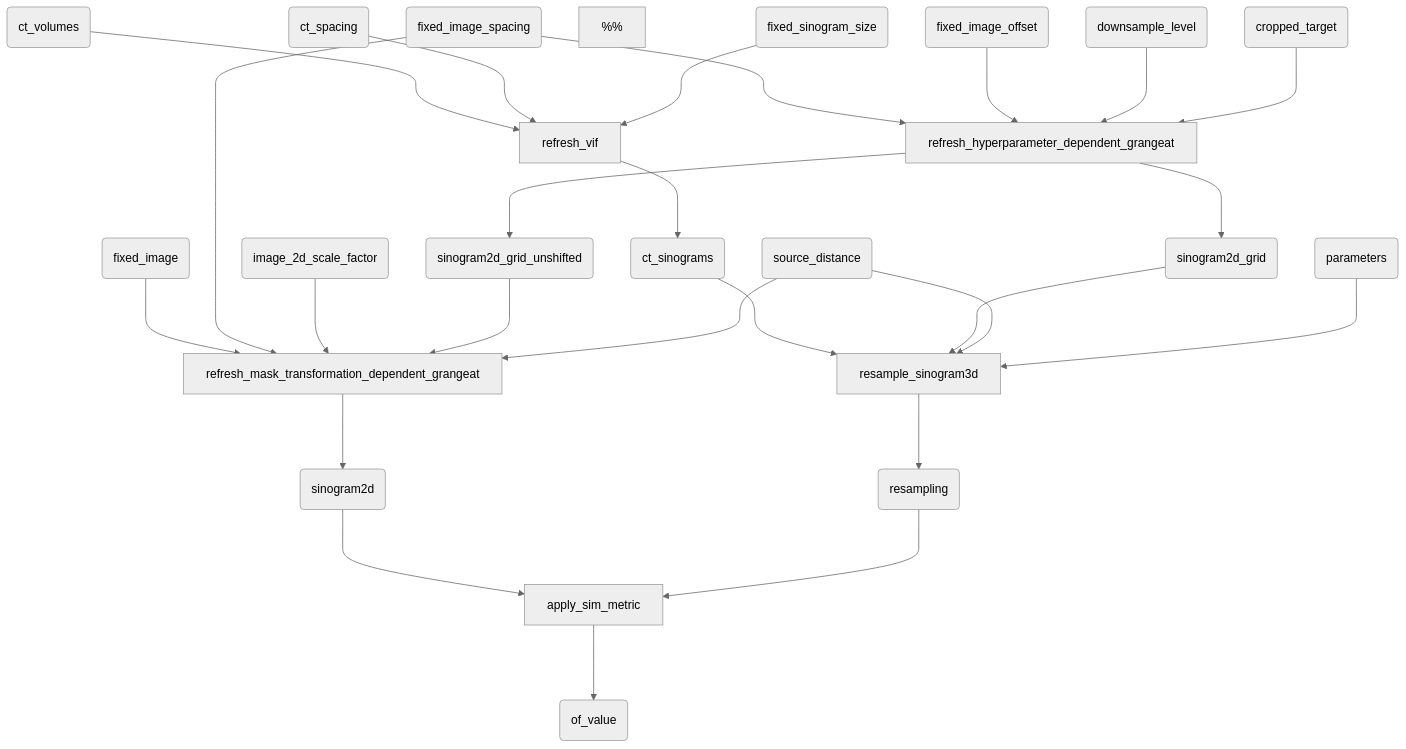
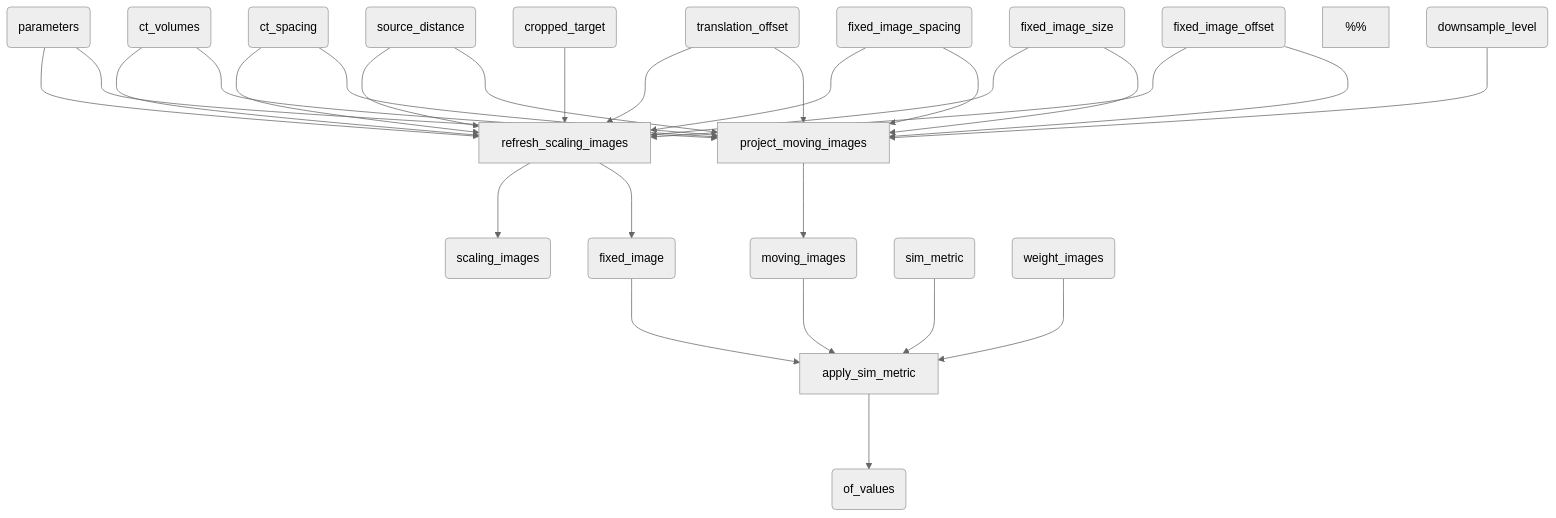
The second of 3 diagrams in packages/reg23_experiments/src/reg23_experiments/experiments/reg_experiment/package_documentation.md (ewoprager/grangeat-2d-3d-register-pytorch), drawn with Mermaid (neutral theme) before and after one commit. The commit also changed other lines of this file and 41 other files, not shown here.

````diff
--- a/packages/reg23_experiments/src/reg23_experiments/experiments/reg_experiment/package_documentation.md
+++ b/packages/reg23_experiments/src/reg23_experiments/experiments/reg_experiment/package_documentation.md
@@ -110,40 +121,34 @@
 ```mermaid
 flowchart TD
-    refresh_vif[refresh_vif]
-    ct_volumes(ct_volumes) ---> refresh_vif
-    ct_spacing(ct_spacing) ---> refresh_vif
-    fixed_sinogram_size(fixed_sinogram_size) ---> refresh_vif
-    refresh_vif ---> ct_sinograms(ct_sinograms)
+    refresh_scaling_images[refresh_scaling_images]
+    parameters(parameters) ---> refresh_scaling_images
+    ct_volumes(ct_volumes) ---> refresh_scaling_images
+    ct_spacing(ct_spacing) ---> refresh_scaling_images
+    translation_offset(translation_offset) ---> refresh_scaling_images
+    source_distance(source_distance) ---> refresh_scaling_images
+    fixed_image_spacing(fixed_image_spacing) ---> refresh_scaling_images
+    fixed_image_size(fixed_image_size) ---> refresh_scaling_images
+    fixed_image_offset(fixed_image_offset) ---> refresh_scaling_images
+    cropped_target(cropped_target) ---> refresh_scaling_images
+    refresh_scaling_images ---> scaling_images(scaling_images)
+    refresh_scaling_images ---> fixed_image(fixed_image)
 %%
-
-    refresh_hyperparameter_dependent_grangeat[refresh_hyperparameter_dependent_grangeat]
-    fixed_image_spacing(fixed_image_spacing) ---> refresh_hyperparameter_dependent_grangeat
-    fixed_image_offset(fixed_image_offset) ---> refresh_hyperparameter_dependent_grangeat
-    downsample_level(downsample_level) ---> refresh_hyperparameter_dependent_grangeat
-    cropped_target(cropped_target) ---> refresh_hyperparameter_dependent_grangeat
-    refresh_hyperparameter_dependent_grangeat ---> sinogram2d_grid(sinogram2d_grid)
-    refresh_hyperparameter_dependent_grangeat ---> sinogram2d_grid_unshifted(sinogram2d_grid_unshifted)
+    project_moving_images[project_moving_images]
+    parameters ---> project_moving_images
+    ct_volumes ---> project_moving_images
+    ct_spacing ---> project_moving_images
+    source_distance ---> project_moving_images
+    fixed_image_size ---> project_moving_images
+    fixed_image_spacing ---> project_moving_images
+    downsample_level(downsample_level) ---> project_moving_images
+    translation_offset ---> project_moving_images
+    fixed_image_offset ---> project_moving_images
+    project_moving_images ---> moving_images(moving_images)
 %%
-
-    refresh_mask_transformation_dependent_grangeat[refresh_mask_transformation_dependent_grangeat]
-    fixed_image(fixed_image) ---> refresh_mask_transformation_dependent_grangeat
-    fixed_image_spacing ---> refresh_mask_transformation_dependent_grangeat
-    image_2d_scale_factor(image_2d_scale_factor) ---> refresh_mask_transformation_dependent_grangeat
-    sinogram2d_grid_unshifted ---> refresh_mask_transformation_dependent_grangeat
-    source_distance(source_distance) ---> refresh_mask_transformation_dependent_grangeat
-    refresh_mask_transformation_dependent_grangeat ---> sinogram2d(sinogram2d)
-%%
-
-    resample_sinogram3d[resample_sinogram3d]
-    ct_sinograms ---> resample_sinogram3d
-    sinogram2d_grid ---> resample_sinogram3d
-    source_distance ---> resample_sinogram3d
-    parameters(parameters) ---> resample_sinogram3d
-    resample_sinogram3d ---> resampling(resampling)
-%%
-
     apply_sim_metric[apply_sim_metric]
-    sinogram2d ---> apply_sim_metric
-    resampling ---> apply_sim_metric
-    apply_sim_metric ---> of_value(of_value)
+    sim_metric(sim_metric) ---> apply_sim_metric
+    moving_images ---> apply_sim_metric
+    fixed_image ---> apply_sim_metric
+    weight_images(weight_images) ---> apply_sim_metric
+    apply_sim_metric ---> of_values(of_values)
 ```
````
